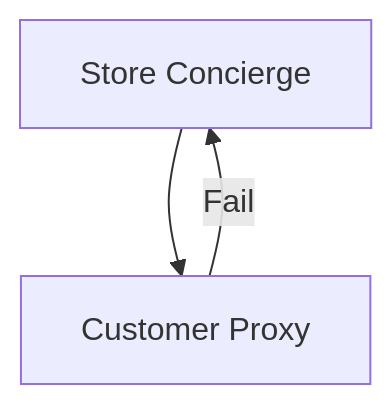
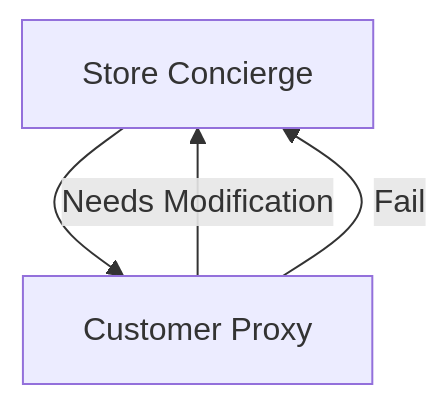
The second of 3 diagrams in docs/articles/personalized_shopping.md (APAF-bioinformatics/HydraR), drawn with Mermaid before and after one commit. The commit also changed other lines of this file and 145 other files, not shown here.

````diff
--- a/docs/articles/personalized_shopping.md
+++ b/docs/articles/personalized_shopping.md
@@ -115,7 +123,8 @@
 ``` mermaid
 graph TD
   Shopper["Store Concierge"]
   UserProxy["Customer Proxy"]
   Shopper --> UserProxy
+  UserProxy -- Needs Modification --> Shopper
   UserProxy -- Fail --> Shopper
 ```
````
